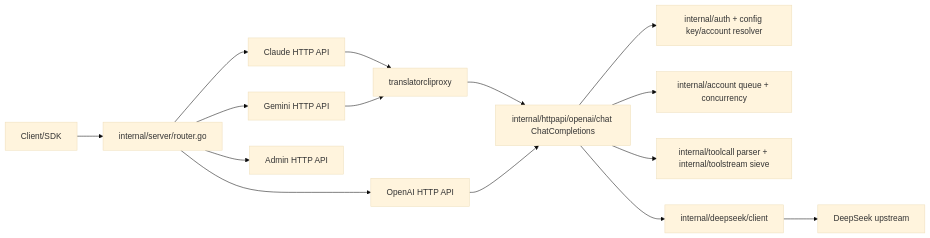
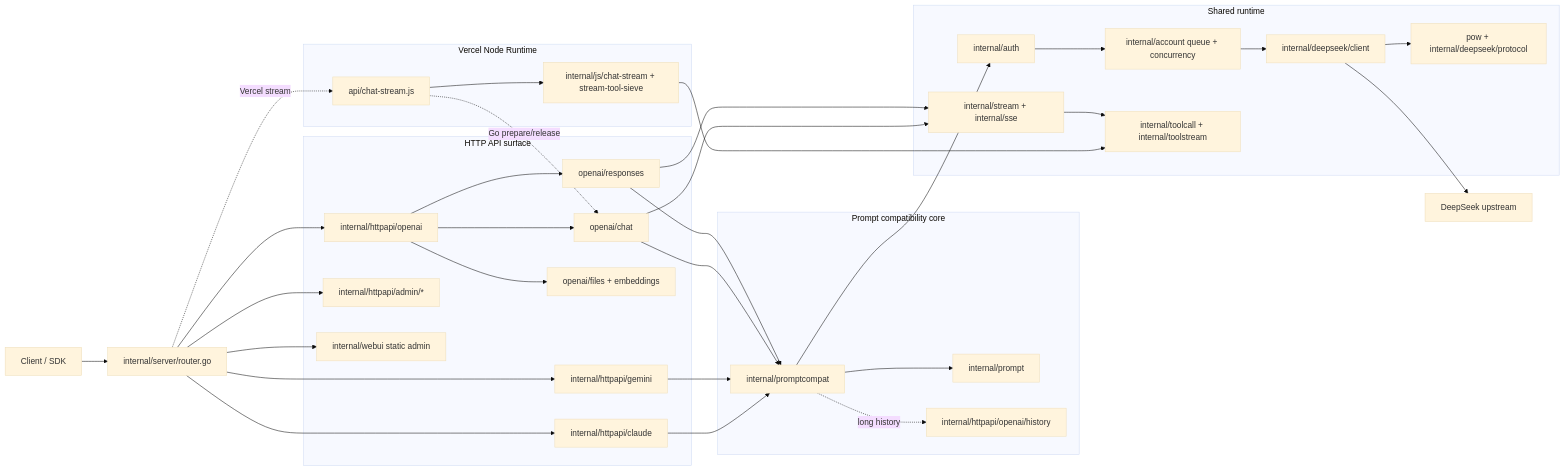
Before and after one commit to SZzyw/dsp: the diagram in docs/ARCHITECTURE.en.md, drawn with Mermaid (base theme). The commit also changed other lines of this file and 4 other files, not shown here.

Commit message:
docs: update architecture diagrams for 4.x

````diff
--- a/docs/ARCHITECTURE.en.md
+++ b/docs/ARCHITECTURE.en.md
@@ -103,19 +103,64 @@
 ```mermaid
 flowchart LR
-    C[Client/SDK] --> R[internal/server/router.go]
-    R --> OA[OpenAI HTTP API]
-    R --> CA[Claude HTTP API]
-    R --> GA[Gemini HTTP API]
-    R --> AD[Admin HTTP API]
+    C[Client / SDK] --> R[internal/server/router.go]
 
-    CA --> BR[translatorcliproxy]
-    GA --> BR
-    BR --> CORE[internal/httpapi/openai/chat ChatCompletions]
-    OA --> CORE
+    subgraph HTTP[HTTP API surface]
+        OA[internal/httpapi/openai]
+        CHAT[openai/chat]
+        RESP[openai/responses]
+        FILES[openai/files + embeddings]
+        CA[internal/httpapi/claude]
+        GA[internal/httpapi/gemini]
+        AD[internal/httpapi/admin/*]
+        WEB[internal/webui static admin]
+    end
 
-    CORE --> AUTH[internal/auth + config key/account resolver]
-    CORE --> POOL[internal/account queue + concurrency]
-    CORE --> TOOL[internal/toolcall parser + internal/toolstream sieve]
-    CORE --> DS[internal/deepseek/client]
+    subgraph COMPAT[Prompt compatibility core]
+        PC[internal/promptcompat]
+        PROMPT[internal/prompt]
+        HIST[internal/httpapi/openai/history]
+    end
+
+    subgraph RUNTIME[Shared runtime]
+        AUTH[internal/auth]
+        POOL[internal/account queue + concurrency]
+        STREAM[internal/stream + internal/sse]
+        TOOL[internal/toolcall + internal/toolstream]
+        DS[internal/deepseek/client]
+        POW[pow + internal/deepseek/protocol]
+    end
+
+    subgraph NODE[Vercel Node Runtime]
+        NCS[api/chat-stream.js]
+        JS[internal/js/chat-stream + stream-tool-sieve]
+    end
+
+    R --> OA --> CHAT
+    OA --> RESP
+    OA --> FILES
+    R --> CA
+    R --> GA
+    R --> AD
+    R --> WEB
+    R -.Vercel stream.-> NCS
+
+    CA --> PC
+    GA --> PC
+    CHAT --> PC
+    RESP --> PC
+    PC --> PROMPT
+    PC -.long history.-> HIST
+    PC --> AUTH
+
+    NCS -.Go prepare/release.-> CHAT
+    NCS --> JS
+    JS --> TOOL
+
+    AUTH --> POOL
+    CHAT --> STREAM
+    RESP --> STREAM
+    STREAM --> TOOL
+    POOL --> DS
+    DS --> POW
     DS --> U[DeepSeek upstream]
 ```
````
